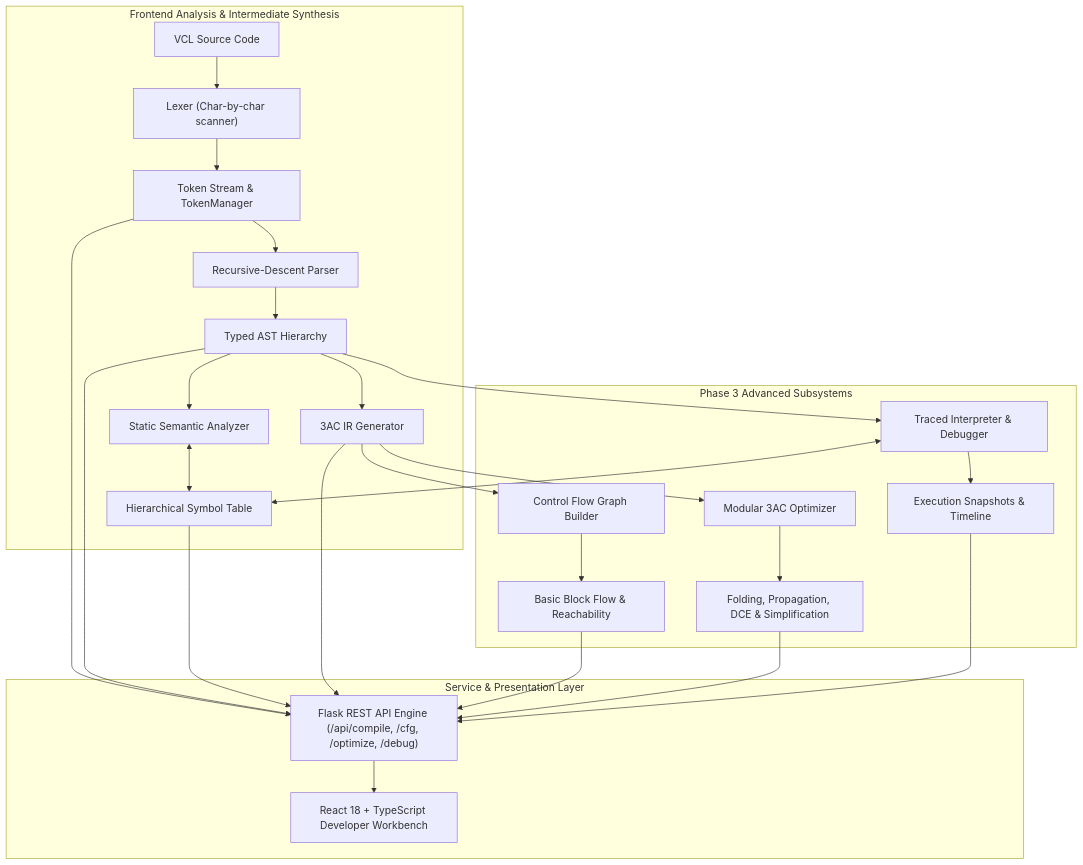
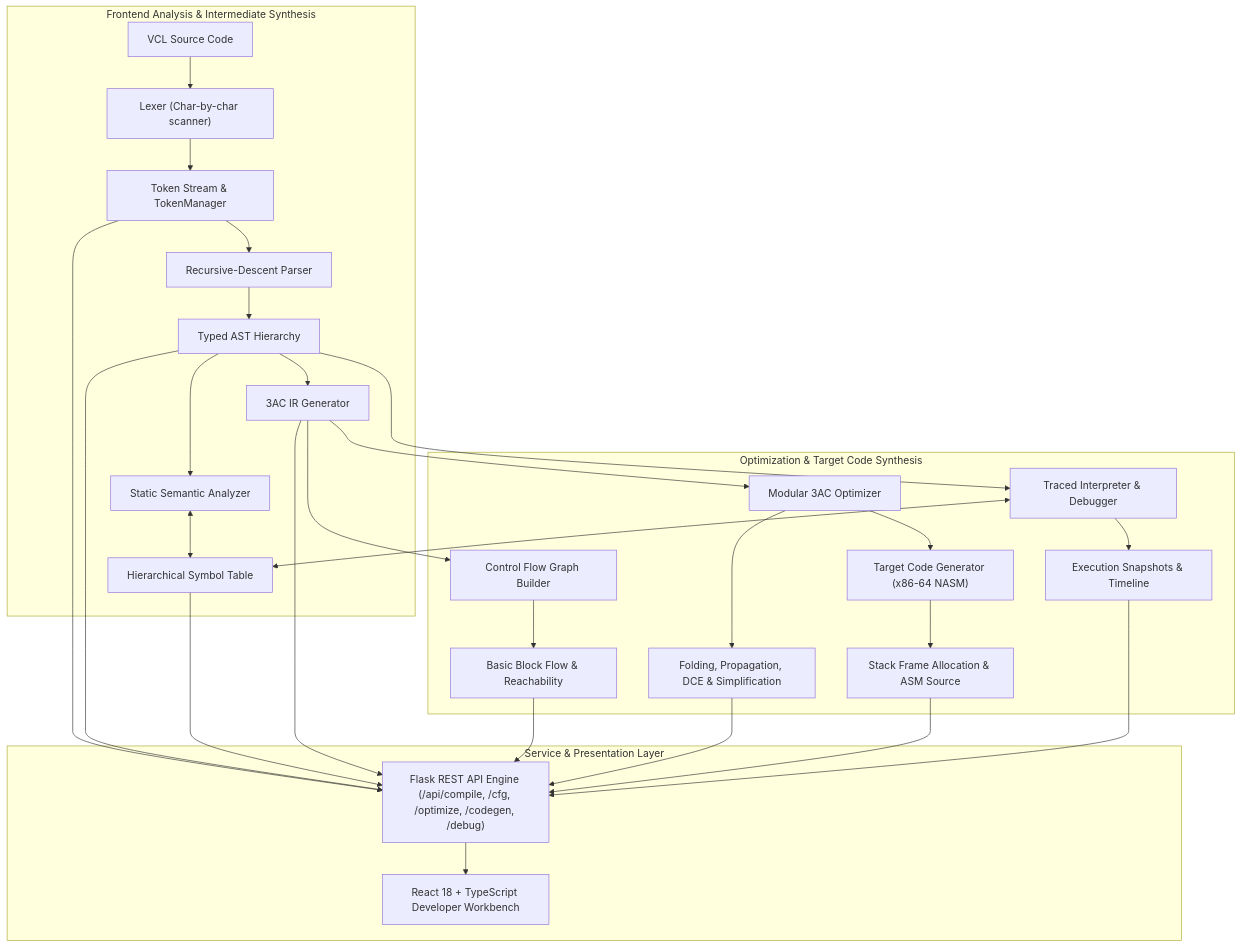
The diagram in README.md (Pranay-Kumar-02/veyra-visual-compiler), drawn with Mermaid before and after one commit. The commit also changed other lines of this file and 12 other files, not shown here.

Commit message:
feat(codegen): add assembly target code generation

````diff
--- a/README.md
+++ b/README.md
@@ -54,27 +55,29 @@
 ```mermaid
 graph TD
     subgraph Frontend Analysis & Intermediate Synthesis
         A["VCL Source Code"] --> B["Lexer (Char-by-char scanner)"]
         B --> C["Token Stream & TokenManager"]
         C --> D["Recursive-Descent Parser"]
         D --> E["Typed AST Hierarchy"]
         E --> F["Static Semantic Analyzer"]
         F <--> G["Hierarchical Symbol Table"]
         E --> H["3AC IR Generator"]
     end
 
-    subgraph Phase 3 Advanced Subsystems
+    subgraph Optimization & Target Code Synthesis
         H --> I["Control Flow Graph Builder"]
         I --> J["Basic Block Flow & Reachability"]
         H --> K["Modular 3AC Optimizer"]
         K --> L["Folding, Propagation, DCE & Simplification"]
-        E --> M["Traced Interpreter & Debugger"]
-        M <--> G
-        M --> N["Execution Snapshots & Timeline"]
+        K --> M["Target Code Generator (x86-64 NASM)"]
+        M --> N["Stack Frame Allocation & ASM Source"]
+        E --> O["Traced Interpreter & Debugger"]
+        O <--> G
+        O --> P["Execution Snapshots & Timeline"]
     end
 
     subgraph Service & Presentation Layer
-        C & E & G & H & J & L & N --> O["Flask REST API Engine (/api/compile, /cfg, /optimize, /debug)"]
-        O --> P["React 18 + TypeScript Developer Workbench"]
+        C & E & G & H & J & L & N & P --> Q["Flask REST API Engine (/api/compile, /cfg, /optimize, /codegen, /debug)"]
+        Q --> R["React 18 + TypeScript Developer Workbench"]
     end
 ```
````
